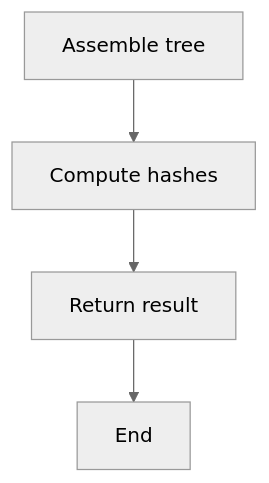
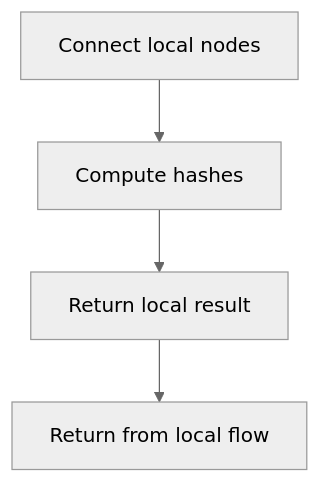
The fourth of 10 diagrams in docs/Codebase/Microservice/Modules/Source/Trees/ClassGeneration/Actual/Internal/registry.cpp.md (JohnAndrewBalbarosa/NeoTerritory), drawn with Mermaid (neutral theme) before and after one commit. The commit also changed other lines of this file and 915 other files, not shown here.

````diff
--- a/docs/Codebase/Microservice/Modules/Source/Trees/ClassGeneration/Actual/Internal/registry.cpp.md
+++ b/docs/Codebase/Microservice/Modules/Source/Trees/ClassGeneration/Actual/Internal/registry.cpp.md
@@ -108,10 +107,10 @@
 ```mermaid
 flowchart TD
-    N0["Assemble tree"]
+    N0["Connect local nodes"]
     N1["Compute hashes"]
-    N2["Return result"]
-    N3["End"]
+    N2["Return local result"]
+    N3["Return from local flow"]
     N0 --> N1
     N1 --> N2
     N2 --> N3
 ```
````
